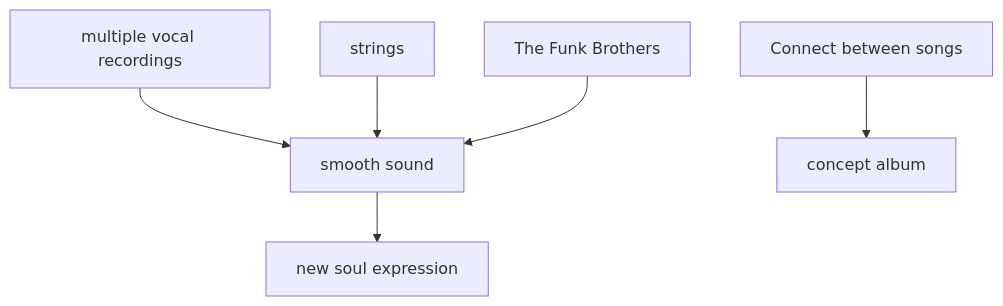
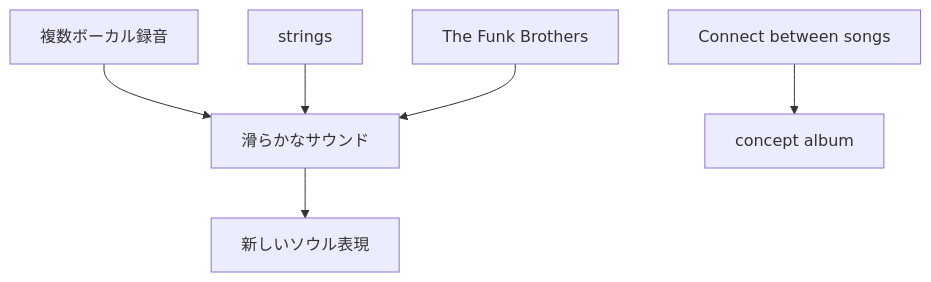
Diagram 11 of 21 in en/_posts/2026-06-27-column-influential-album-01.md (monumental-movement/monumental-movement.github.io), drawn with Mermaid before and after one commit. The commit also changed other lines of this file and 2196 other files, not shown here.

```diff
--- a/en/_posts/2026-06-27-column-influential-album-01.md
+++ b/en/_posts/2026-06-27-column-influential-album-01.md
@@ -659,17 +657,17 @@
 <div class="mermaid">
 
 graph TD
 
-A[multiple vocal recordings]
+A[複数ボーカル録音]
 B[strings]
 C[The Funk Brothers]
 D[Connect between songs]
 
-A --> E[smooth sound]
+A --> E[滑らかなサウンド]
 B --> E
 C --> E
 D --> F[concept album]
 
-E --> G[new soul expression]
+E --> G[新しいソウル表現]
 
 </div>
```
